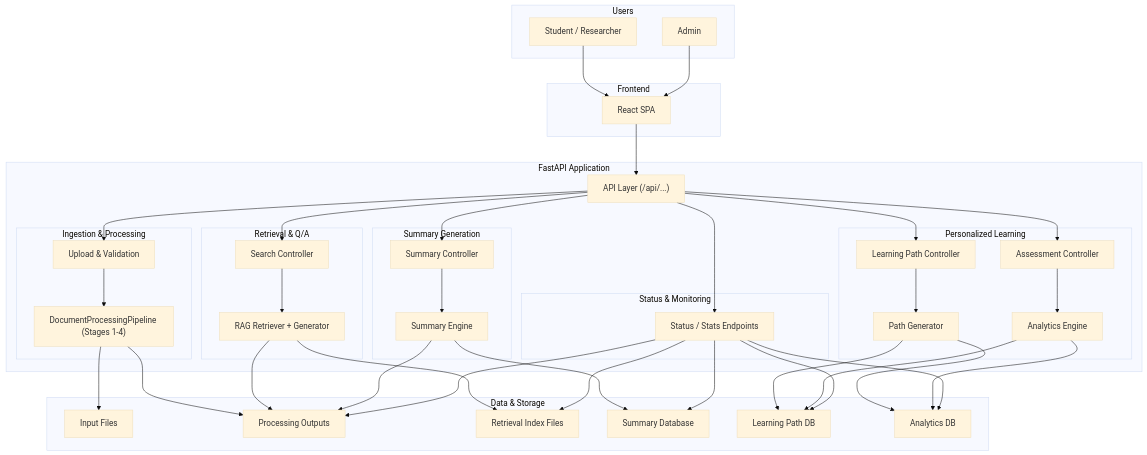
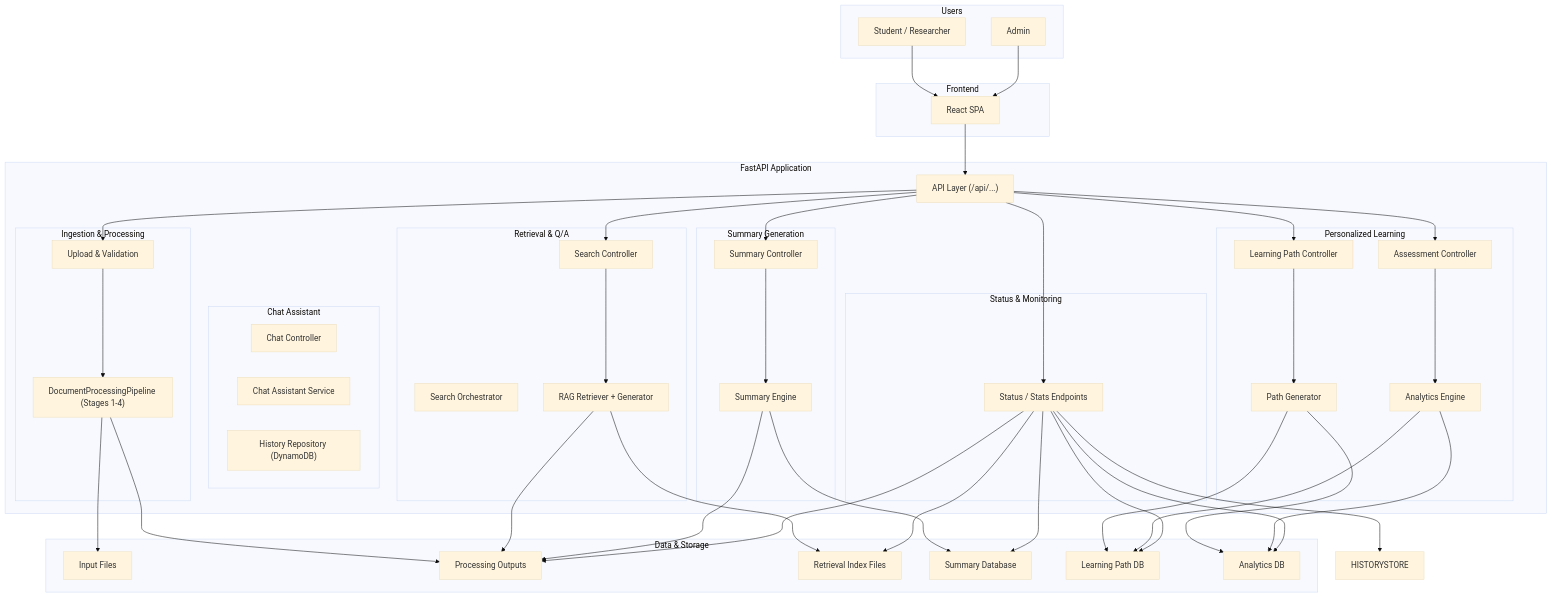
Before and after one commit to pdz1804/capstone-project: the second of 13 diagrams in docs/system_modeling.md, drawn with Mermaid (base theme). The commit also changed other lines of this file and 9 other files, not shown here.

````diff
--- a/docs/system_modeling.md
+++ b/docs/system_modeling.md
@@ -127,7 +140,14 @@
 
         subgraph Retrieval["Retrieval & Q/A"]
             QCTRL["Search Controller"]
+            QREARCH["Search Orchestrator"]
             QMOD["RAG Retriever + Generator"]
+        end
+
+        subgraph Chat["Chat Assistant"]
+            CHATCTRL["Chat Controller"]
+            CHATENG["Chat Assistant Service"]
+            HISTORY["History Repository (DynamoDB)"]
         end
 
         subgraph Summaries["Summary Generation"]
@@ -192,4 +212,5 @@
     STAT --> SUMMARYDB
     STAT --> PATHDB
     STAT --> ANALYTICDB
+    STAT --> HISTORYSTORE
 ```
````
